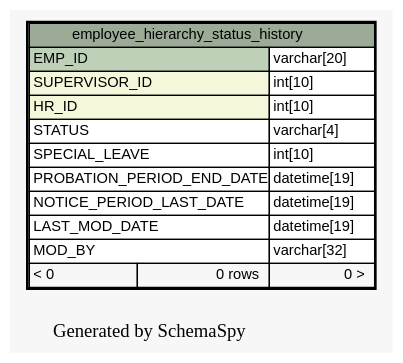
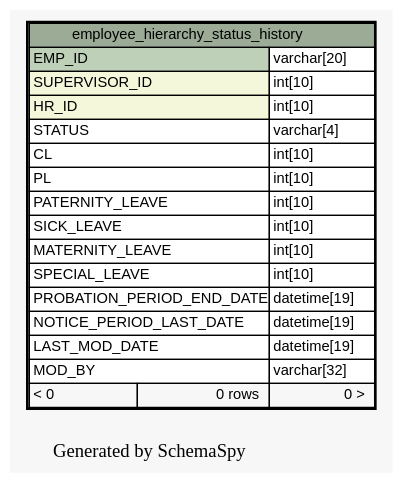
Before and after one commit to engineerscraft/hrms: the diagram in docs/database/schemaspy/graphs/employee_hierarchy_status_history.1degree.dot, drawn with Graphviz. The commit also changed 104 other files, not shown here.

```diff
--- a/docs/database/schemaspy/graphs/employee_hierarchy_status_history.1degree.dot
+++ b/docs/database/schemaspy/graphs/employee_hierarchy_status_history.1degree.dot
@@ -1,35 +1,40 @@
 // dot 2.38.0 on Windows 7 6.1
 digraph "oneDegreeRelationshipsGraph" {
   graph [
     rankdir="RL"
     bgcolor="#f7f7f7"
     label="\nGenerated by SchemaSpy"
     labeljust="l"
   ];
   node [
     fontname="Helvetica"
     fontsize="11"
     shape="plaintext"
   ];
   edge [
     arrowsize="0.8"
   ];
   "employee_hierarchy_status_history" [
     label=<
     <TABLE BORDER="2" CELLBORDER="1" CELLSPACING="0" BGCOLOR="#ffffff">
       <TR><TD PORT="employee_hierarchy_status_history.heading" COLSPAN="3" BGCOLOR="#9bab96" ALIGN="CENTER">employee_hierarchy_status_history</TD></TR>
       <TR><TD PORT="EMP_ID" COLSPAN="2" BGCOLOR="#bed1b8" ALIGN="LEFT">EMP_ID</TD><TD PORT="EMP_ID.type" ALIGN="LEFT">varchar[20]</TD></TR>
       <TR><TD PORT="SUPERVISOR_ID" COLSPAN="2" BGCOLOR="#f4f7da" ALIGN="LEFT">SUPERVISOR_ID</TD><TD PORT="SUPERVISOR_ID.type" ALIGN="LEFT">int[10]</TD></TR>
       <TR><TD PORT="HR_ID" COLSPAN="2" BGCOLOR="#f4f7da" ALIGN="LEFT">HR_ID</TD><TD PORT="HR_ID.type" ALIGN="LEFT">int[10]</TD></TR>
       <TR><TD PORT="STATUS" COLSPAN="2" ALIGN="LEFT">STATUS</TD><TD PORT="STATUS.type" ALIGN="LEFT">varchar[4]</TD></TR>
+      <TR><TD PORT="CL" COLSPAN="2" ALIGN="LEFT">CL</TD><TD PORT="CL.type" ALIGN="LEFT">int[10]</TD></TR>
+      <TR><TD PORT="PL" COLSPAN="2" ALIGN="LEFT">PL</TD><TD PORT="PL.type" ALIGN="LEFT">int[10]</TD></TR>
+      <TR><TD PORT="PATERNITY_LEAVE" COLSPAN="2" ALIGN="LEFT">PATERNITY_LEAVE</TD><TD PORT="PATERNITY_LEAVE.type" ALIGN="LEFT">int[10]</TD></TR>
+      <TR><TD PORT="SICK_LEAVE" COLSPAN="2" ALIGN="LEFT">SICK_LEAVE</TD><TD PORT="SICK_LEAVE.type" ALIGN="LEFT">int[10]</TD></TR>
+      <TR><TD PORT="MATERNITY_LEAVE" COLSPAN="2" ALIGN="LEFT">MATERNITY_LEAVE</TD><TD PORT="MATERNITY_LEAVE.type" ALIGN="LEFT">int[10]</TD></TR>
       <TR><TD PORT="SPECIAL_LEAVE" COLSPAN="2" ALIGN="LEFT">SPECIAL_LEAVE</TD><TD PORT="SPECIAL_LEAVE.type" ALIGN="LEFT">int[10]</TD></TR>
       <TR><TD PORT="PROBATION_PERIOD_END_DATE" COLSPAN="2" ALIGN="LEFT">PROBATION_PERIOD_END_DATE</TD><TD PORT="PROBATION_PERIOD_END_DATE.type" ALIGN="LEFT">datetime[19]</TD></TR>
       <TR><TD PORT="NOTICE_PERIOD_LAST_DATE" COLSPAN="2" ALIGN="LEFT">NOTICE_PERIOD_LAST_DATE</TD><TD PORT="NOTICE_PERIOD_LAST_DATE.type" ALIGN="LEFT">datetime[19]</TD></TR>
       <TR><TD PORT="LAST_MOD_DATE" COLSPAN="2" ALIGN="LEFT">LAST_MOD_DATE</TD><TD PORT="LAST_MOD_DATE.type" ALIGN="LEFT">datetime[19]</TD></TR>
       <TR><TD PORT="MOD_BY" COLSPAN="2" ALIGN="LEFT">MOD_BY</TD><TD PORT="MOD_BY.type" ALIGN="LEFT">varchar[32]</TD></TR>
       <TR><TD ALIGN="LEFT" BGCOLOR="#f7f7f7">&lt; 0</TD><TD ALIGN="RIGHT" BGCOLOR="#f7f7f7">0 rows</TD><TD ALIGN="RIGHT" BGCOLOR="#f7f7f7">0 &gt;</TD></TR>
     </TABLE>>
     URL="employee_hierarchy_status_history.html#"
     tooltip="employee_hierarchy_status_history"
   ];
 }
```
